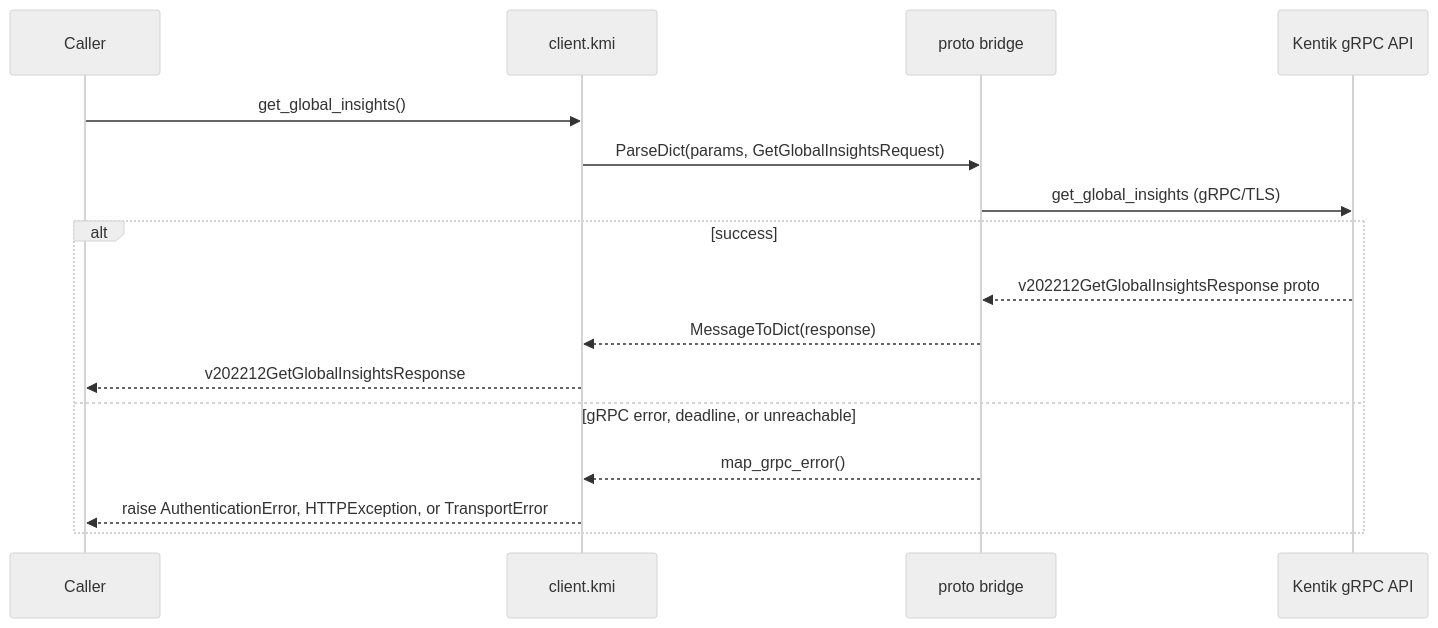
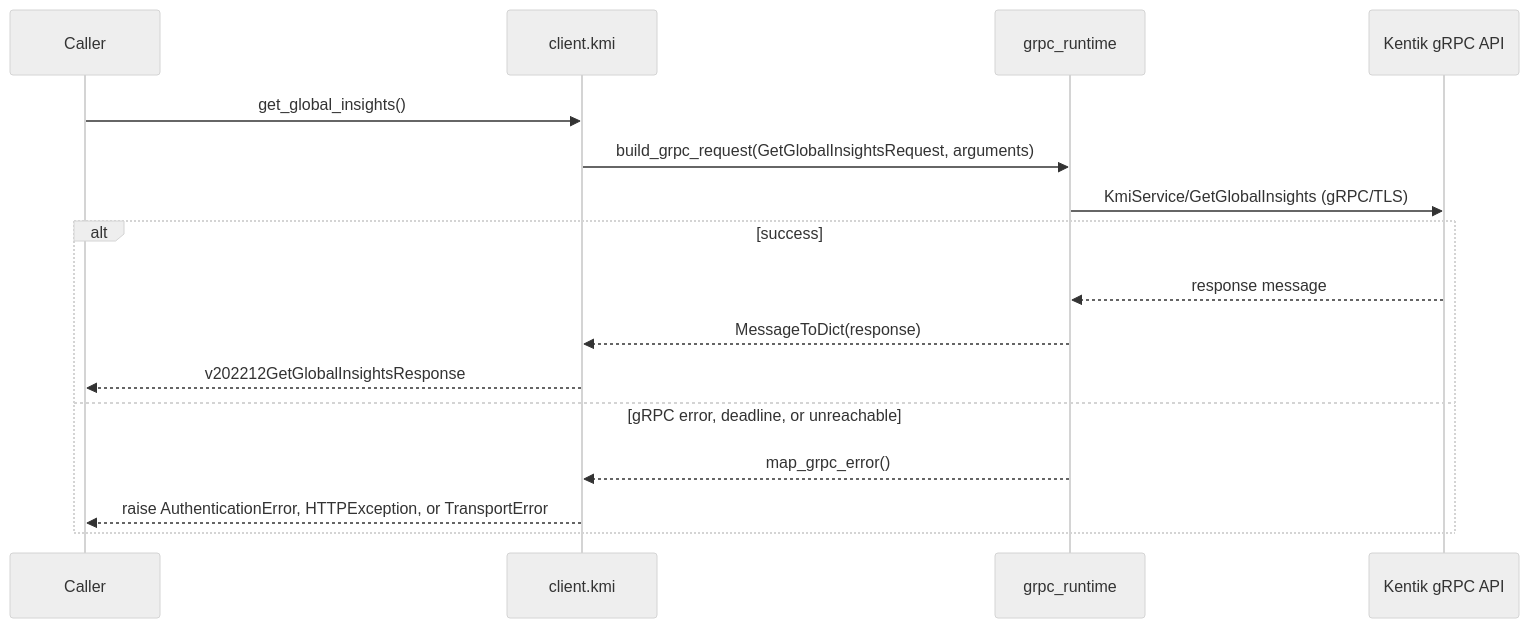
Before and after one commit to alexdearaujo/community_sdk_python: the third of 12 diagrams in docs/sphinx/services/kmi.md, drawn with Mermaid (neutral theme). The commit also changed other lines of this file and 37 other files, not shown here.

First line of the commit message:
docs: show the real RPC in each service page's gRPC diagram

````diff
--- a/docs/sphinx/services/kmi.md
+++ b/docs/sphinx/services/kmi.md
@@ -59,19 +59,19 @@
 ```mermaid
 sequenceDiagram
     participant C as Caller
     participant W as client.kmi
-    participant B as proto bridge
+    participant R as grpc_runtime
     participant API as Kentik gRPC API
 
     C->>W: get_global_insights()
-    W->>B: ParseDict(params, GetGlobalInsightsRequest)
-    B->>API: get_global_insights (gRPC/TLS)
+    W->>R: build_grpc_request(GetGlobalInsightsRequest, arguments)
+    R->>API: KmiService/GetGlobalInsights (gRPC/TLS)
     alt success
-        API-->>B: v202212GetGlobalInsightsResponse proto
-        B-->>W: MessageToDict(response)
+        API-->>R: response message
+        R-->>W: MessageToDict(response)
         W-->>C: v202212GetGlobalInsightsResponse
     else gRPC error, deadline, or unreachable
-        B-->>W: map_grpc_error()
+        R-->>W: map_grpc_error()
         W-->>C: raise AuthenticationError, HTTPException, or TransportError
     end
 ```
````
